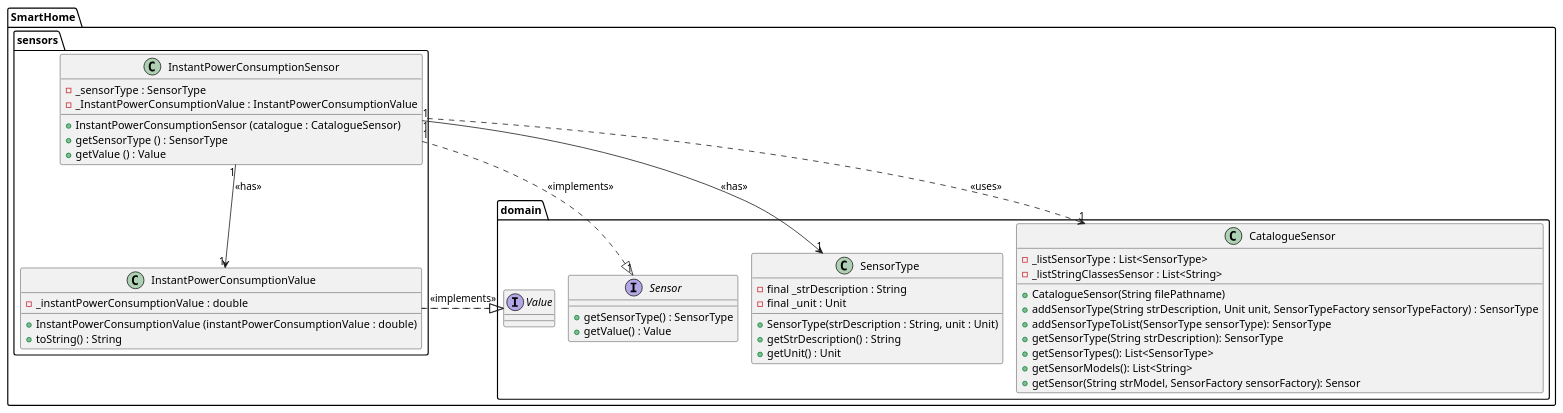
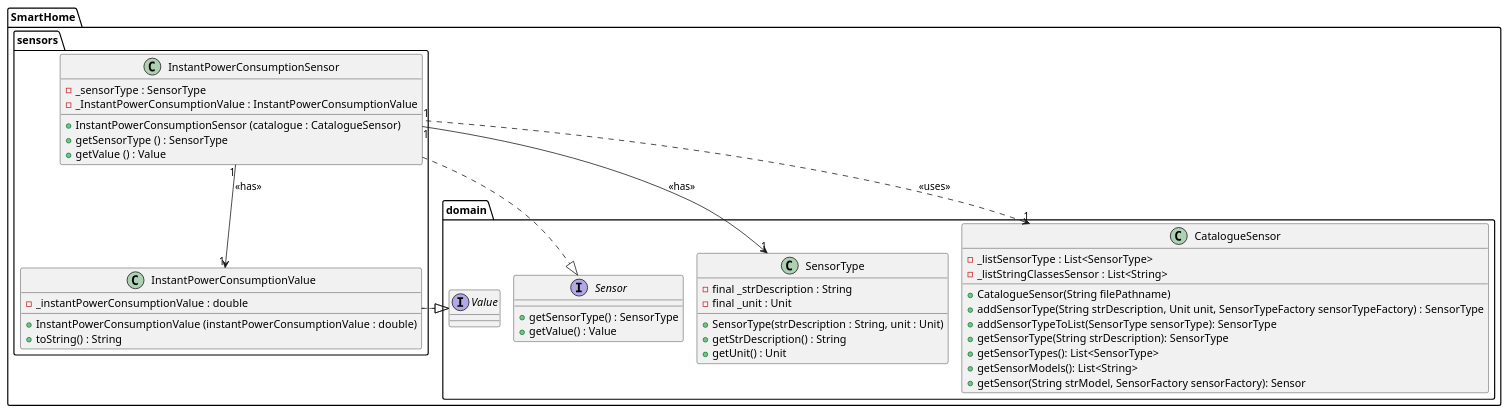
The diagram in docs/userStories/us024/01.requirements-engineering/diagrams/classDiagram.puml (olivDiogo/SmartHome), drawn with PlantUML before and after one commit. The commit also changed 1 other file, not shown here.

Commit message:
#59 update class diagram for InstantPowerConsumption and added svg file

```diff
--- a/docs/userStories/us024/01.requirements-engineering/diagrams/classDiagram.puml
+++ b/docs/userStories/us024/01.requirements-engineering/diagrams/classDiagram.puml
@@ -1,63 +1,63 @@
 @startuml
 !pragma layout smetana
 
 package SmartHome.sensors {
 
     class InstantPowerConsumptionSensor {
         - _sensorType : SensorType
         - _InstantPowerConsumptionValue : InstantPowerConsumptionValue
 
         + InstantPowerConsumptionSensor (catalogue : CatalogueSensor)
         +getSensorType () : SensorType
         +getValue () : Value
     }
 
     class InstantPowerConsumptionValue implements SmartHome.domain.Value {
         - _instantPowerConsumptionValue : double
 
         + InstantPowerConsumptionValue (instantPowerConsumptionValue : double)
         + toString() : String
     }
 
 }
 
 package SmartHome.domain {
 
     interface Sensor {
         + getSensorType() : SensorType
         + getValue() : Value
     }
 
     class SensorType {
     - final _strDescription : String
     - final _unit : Unit
 
     + SensorType(strDescription : String, unit : Unit)
     + getStrDescription() : String
     + getUnit() : Unit
     }
 
     interface Value {
     }
 
     class CatalogueSensor {
     - _listSensorType : List<SensorType>
     - _listStringClassesSensor : List<String>
 
      + CatalogueSensor(String filePathname)
      + addSensorType(String strDescription, Unit unit, SensorTypeFactory sensorTypeFactory) : SensorType
      + addSensorTypeToList(SensorType sensorType): SensorType
      + getSensorType(String strDescription): SensorType
      + getSensorTypes(): List<SensorType>
      + getSensorModels(): List<String>
      + getSensor(String strModel, SensorFactory sensorFactory): Sensor
         }
 }
 
-SmartHome.sensors.InstantPowerConsumptionSensor "1" ..|> "1" SmartHome.domain.Sensor : <<implements>>
+SmartHome.sensors.InstantPowerConsumptionSensor  ..|>  SmartHome.domain.Sensor
 SmartHome.sensors.InstantPowerConsumptionSensor "1" --> "1" SmartHome.domain.SensorType : <<has>>
 SmartHome.sensors.InstantPowerConsumptionSensor "1" --> "1" SmartHome.sensors.InstantPowerConsumptionValue : <<has>>
 SmartHome.domain.CatalogueSensor "1" <.. "1" SmartHome.sensors.InstantPowerConsumptionSensor : <<uses>>
-SmartHome.sensors.InstantPowerConsumptionValue  ..|>  SmartHome.domain.Value : <<implements>>
+SmartHome.sensors.InstantPowerConsumptionValue  ..|>  SmartHome.domain.Value
 
 @enduml
```
